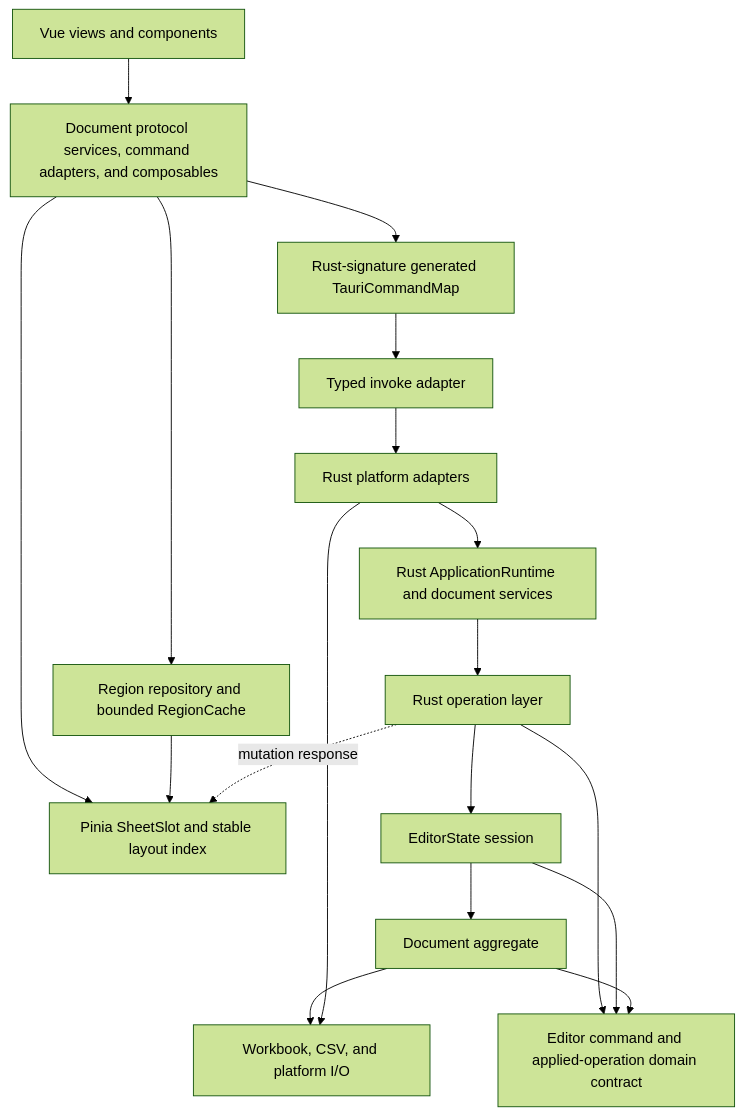
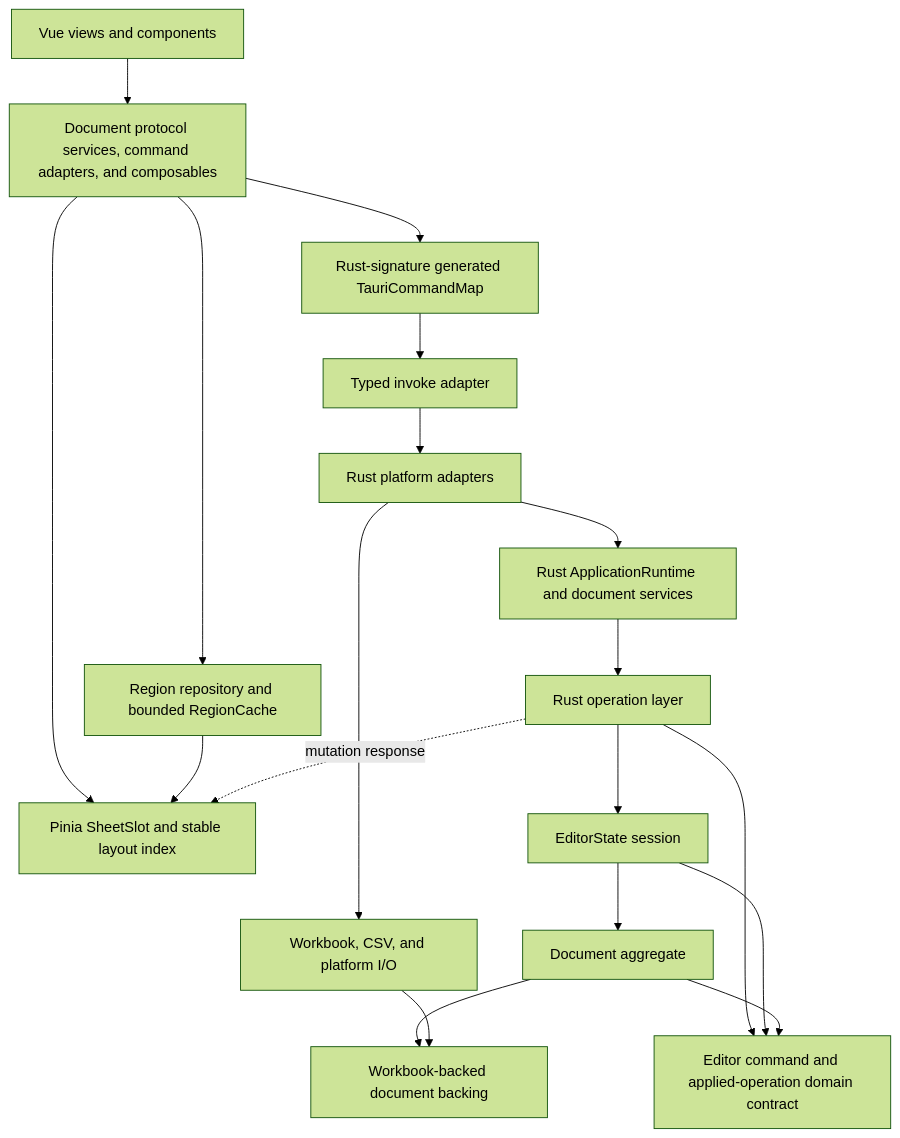
The diagram in docs/architecture.md (mingchiuli/simple-table), drawn with Mermaid (forest theme) before and after one commit. The commit also changed other lines of this file and 38 other files, not shown here.

````diff
--- a/docs/architecture.md
+++ b/docs/architecture.md
@@ -8,25 +8,27 @@
 ```mermaid
 flowchart TB
     UI[Vue views and components]
     APP[Document protocol services, command adapters, and composables]
     STORE[Pinia SheetSlot and stable layout index]
     REGION[Region repository and bounded RegionCache]
     RPC[Rust-signature generated TauriCommandMap]
     IPC[Typed invoke adapter]
     ADAPTER[Rust platform adapters]
     SERVICE[Rust ApplicationRuntime and document services]
     OPS[Rust operation layer]
     STATE[EditorState session]
     DOMAIN[Editor command and applied-operation domain contract]
     DOC[Document aggregate]
+    BACKING[Workbook-backed document backing]
     IO[Workbook, CSV, and platform I/O]
 
     UI --> APP --> STORE
     APP --> REGION --> STORE
-    APP --> RPC --> IPC --> ADAPTER --> SERVICE --> OPS --> STATE --> DOC --> IO
+    APP --> RPC --> IPC --> ADAPTER --> SERVICE --> OPS --> STATE --> DOC --> BACKING
     ADAPTER --> IO
+    IO --> BACKING
     OPS --> DOMAIN
     STATE --> DOMAIN
     DOC --> DOMAIN
     OPS -. mutation response .-> STORE
 ```
````
